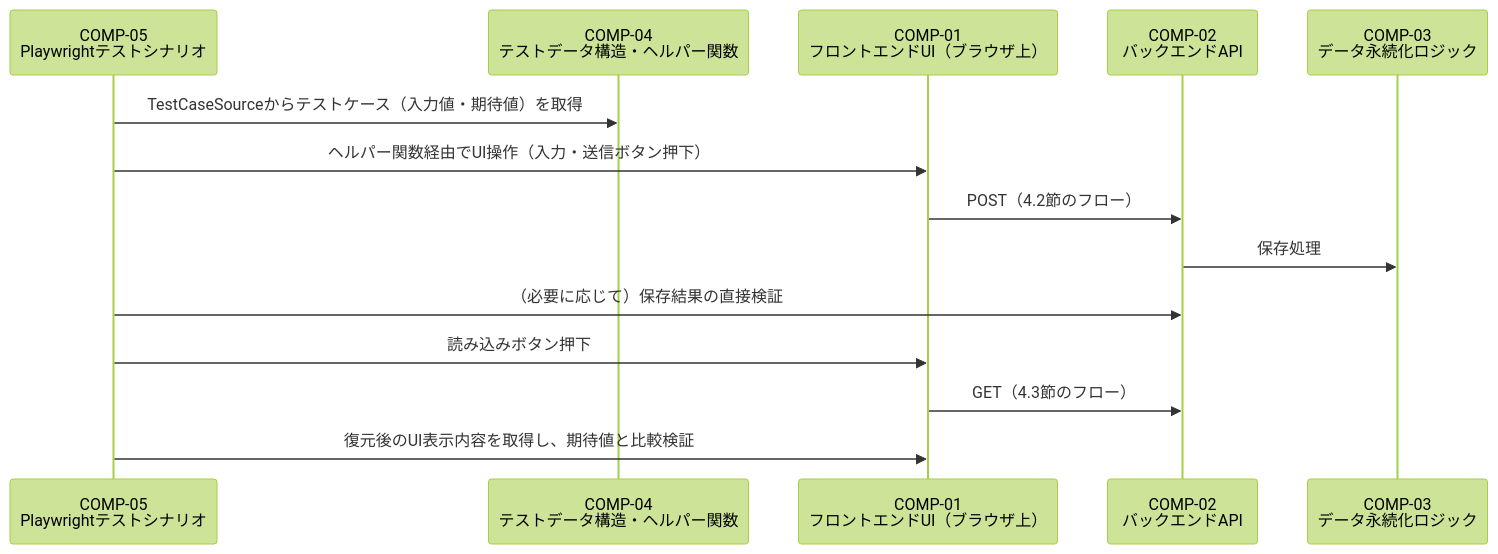
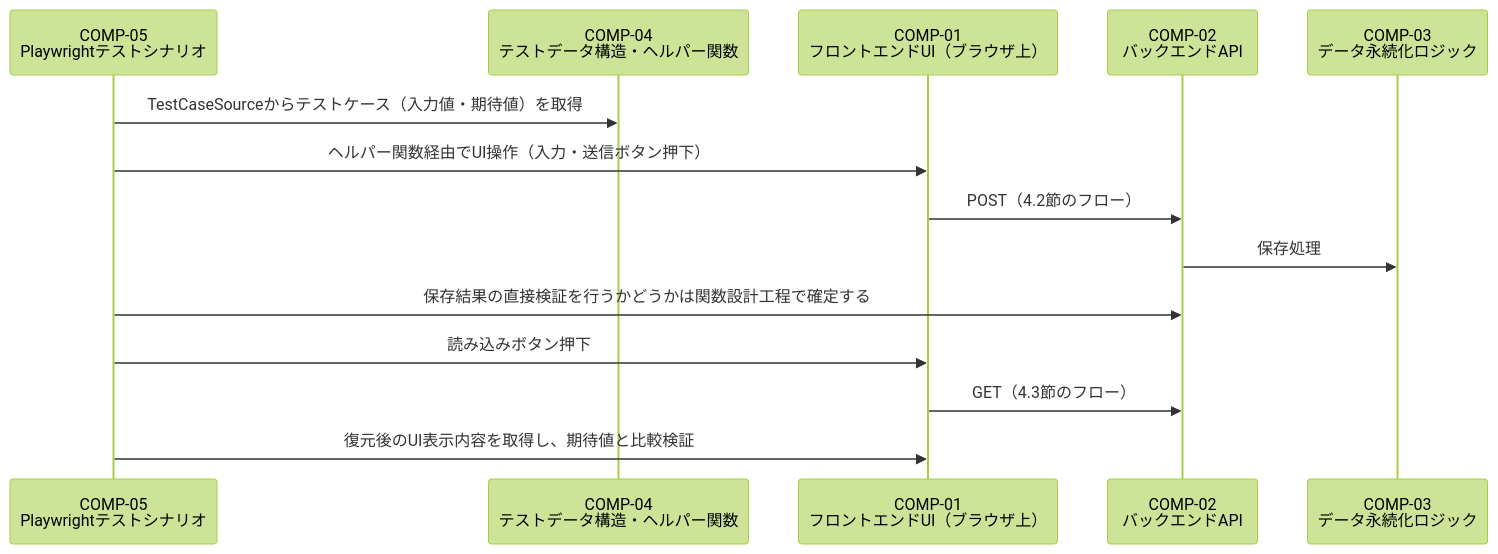
The fourth of 4 diagrams in docs/02_component_design/component_design.md (SanghunIm1991/learn-playwright-dotnet), drawn with Mermaid (forest theme) before and after one commit. The commit also changed other lines of this file, not shown here.

````diff
--- a/docs/02_component_design/component_design.md
+++ b/docs/02_component_design/component_design.md
@@ -173,17 +174,17 @@
 ```mermaid
 sequenceDiagram
     participant T as COMP-05<br/>Playwrightテストシナリオ
     participant D as COMP-04<br/>テストデータ構造・ヘルパー関数
     participant F as COMP-01<br/>フロントエンドUI（ブラウザ上）
     participant A as COMP-02<br/>バックエンドAPI
     participant L as COMP-03<br/>データ永続化ロジック
 
     T->>D: TestCaseSourceからテストケース（入力値・期待値）を取得
     T->>F: ヘルパー関数経由でUI操作（入力・送信ボタン押下）
     F->>A: POST（4.2節のフロー）
     A->>L: 保存処理
-    T->>A: （必要に応じて）保存結果の直接検証
+    T->>A: 保存結果の直接検証を行うかどうかは関数設計工程で確定する
     T->>F: 読み込みボタン押下
     F->>A: GET（4.3節のフロー）
     T->>F: 復元後のUI表示内容を取得し、期待値と比較検証
 ```
````
